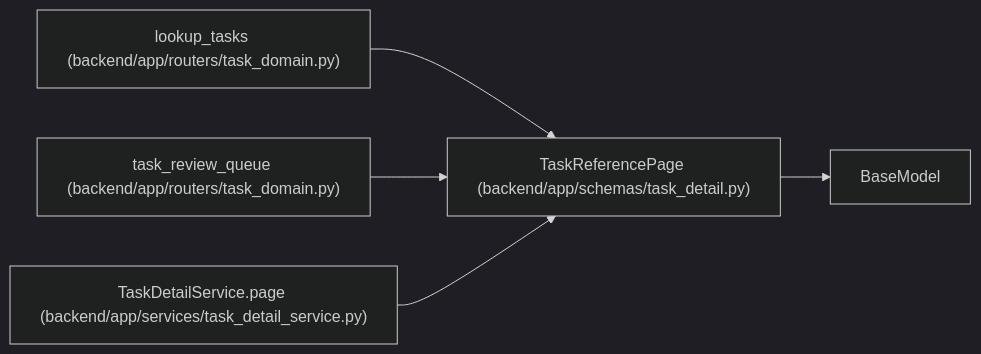
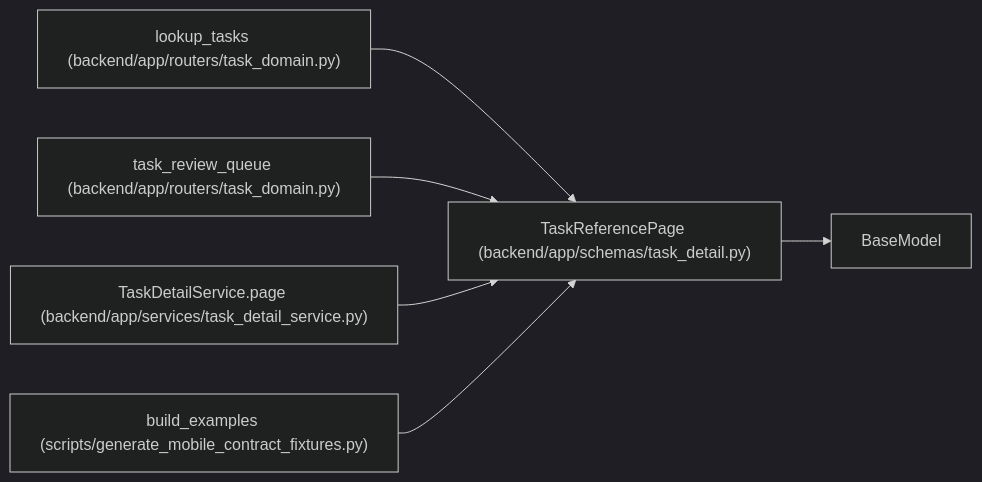
One commit to Denissvgn/WorkChord changed the diagram in docs/llm_wiki/entities/task_detail_TaskReferencePage.md. Above: the diagram before and after it, drawn with Mermaid (dark theme). The commit also changed other lines of this file and 6624 other files, not shown here.

````diff
--- a/docs/llm_wiki/entities/task_detail_TaskReferencePage.md
+++ b/docs/llm_wiki/entities/task_detail_TaskReferencePage.md
@@ -29,16 +29,19 @@
 ```mermaid
 flowchart LR
     n0["TaskReferencePage (backend/app/schemas/task_detail.py)"]
     n1["BaseModel"]
     n2["lookup_tasks (backend/app/routers/task_domain.py)"]
     n3["task_review_queue (backend/app/routers/task_domain.py)"]
     n4["TaskDetailService.page (backend/app/services/task_detail_service.py)"]
+    n5["build_examples (scripts/generate_mobile_contract_fixtures.py)"]
     n0 --> n1
     n2 --> n0
     n3 --> n0
     n4 --> n0
+    n5 --> n0
     click n0 "../modules/task_detail.md"
     click n2 "../modules/routers_task_domain.md"
     click n3 "../modules/routers_task_domain.md"
     click n4 "../modules/task_detail_service.md"
+    click n5 "../modules/generate_mobile_contract_fixtures.md"
 ```
````
